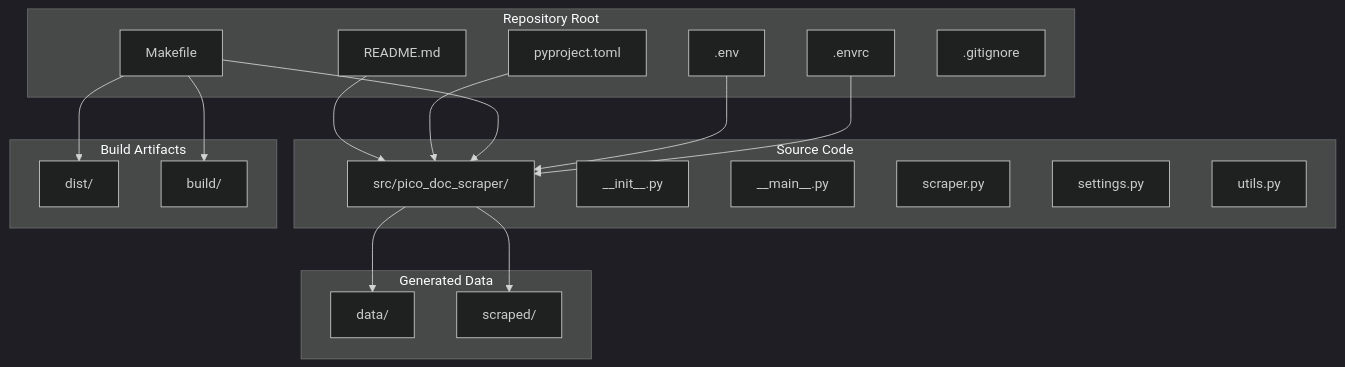
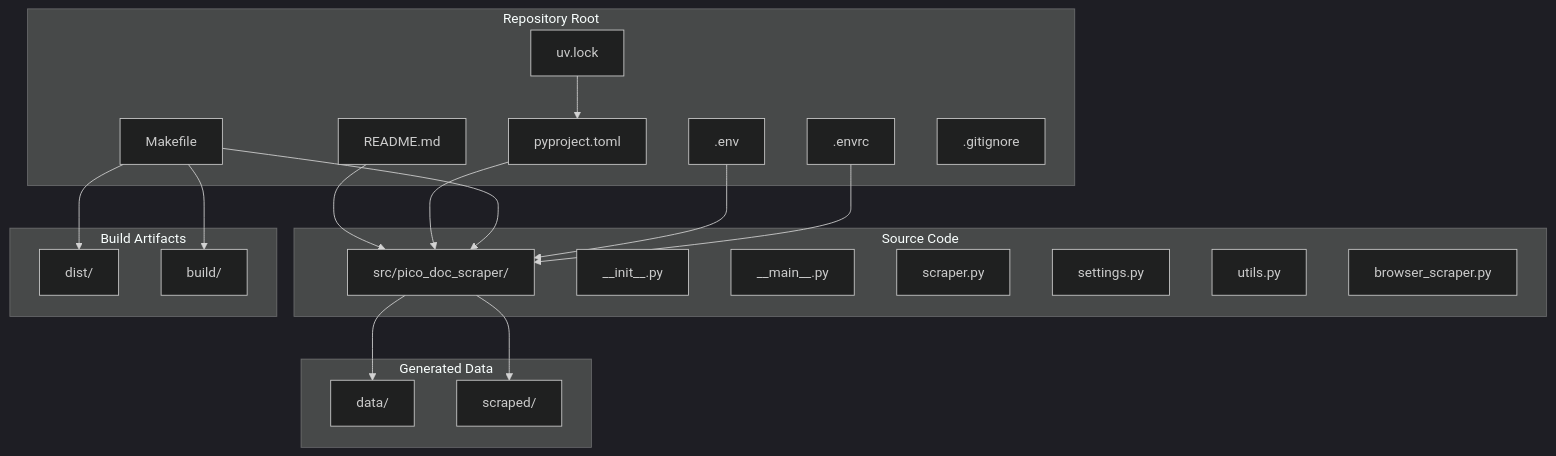
The diagram in .qoder/repowiki/en/content/Installation and Setup.md (cr8ivecodesmith/pico-css-docs), drawn with Mermaid (dark theme) before and after one commit. The commit also changed other lines of this file and 5 other files, not shown here.

````diff
--- a/.qoder/repowiki/en/content/Installation and Setup.md
+++ b/.qoder/repowiki/en/content/Installation and Setup.md
@@ -113,36 +199,39 @@
 ```mermaid
 graph TB
 subgraph "Repository Root"
 A[README.md]
 B[pyproject.toml]
 C[Makefile]
 D[.env]
 E[.envrc]
 F[.gitignore]
+G[uv.lock]
 end
 subgraph "Source Code"
-G[src/pico_doc_scraper/]
-G1[__init__.py]
-G2[__main__.py]
-G3[scraper.py]
-G4[settings.py]
-G5[utils.py]
+H[src/pico_doc_scraper/]
+H1[__init__.py]
+H2[__main__.py]
+H3[scraper.py]
+H4[settings.py]
+H5[utils.py]
+H6[browser_scraper.py]
 end
 subgraph "Generated Data"
-H[data/]
-I[scraped/]
+I[data/]
+J[scraped/]
 end
 subgraph "Build Artifacts"
-J[dist/]
-K[build/]
+K[dist/]
+L[build/]
 end
-A --> G
-B --> G
-C --> G
-D --> G
-E --> G
-G --> H
-G --> I
-C --> J
+A --> H
+B --> H
+C --> H
+D --> H
+E --> H
+G --> B
+H --> I
+H --> J
 C --> K
+C --> L
 ```
````
